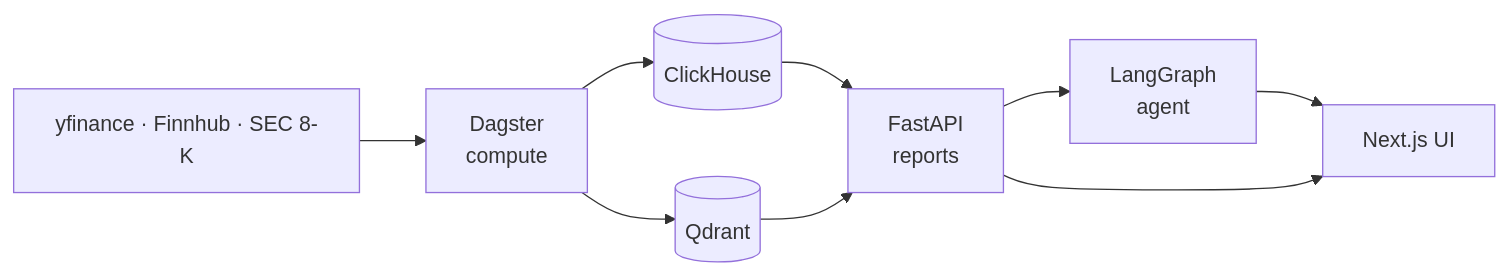
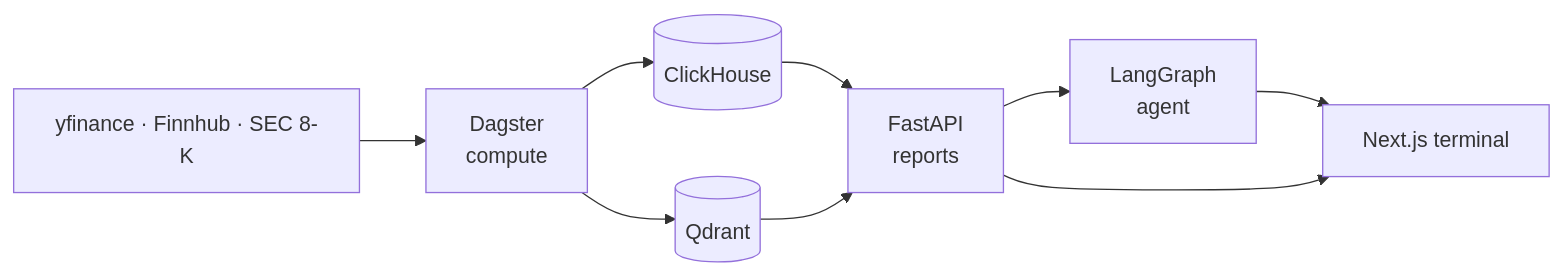
One commit to noahwins-ng/equity-data-agent changed the first of 3 diagrams in README.md. Above: the diagram before and after it, drawn with Mermaid. The commit also changed other lines of this file, not shown here.

Commit message:
docs(readme): frame as research platform, add features, agent state chart, data lineage

````diff
--- a/README.md
+++ b/README.md
@@ -28,11 +37,11 @@
 ```mermaid
 graph LR
     SRC[yfinance · Finnhub · SEC 8-K] --> DG[Dagster<br/>compute]
     DG --> CH[(ClickHouse)]
     DG --> QD[(Qdrant)]
     CH --> API[FastAPI<br/>reports]
     QD --> API
     API --> AG[LangGraph<br/>agent]
-    AG --> UI[Next.js UI]
+    AG --> UI[Next.js terminal]
     API --> UI
 ```
````
